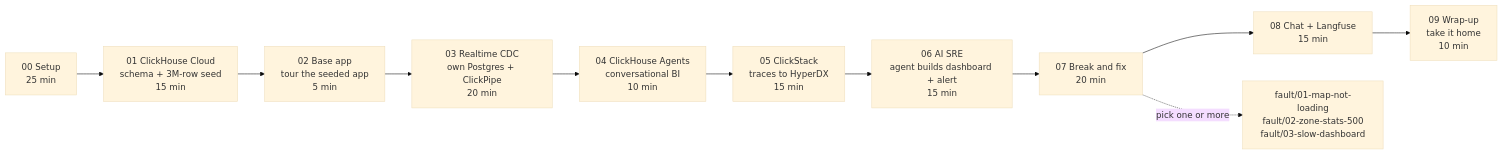
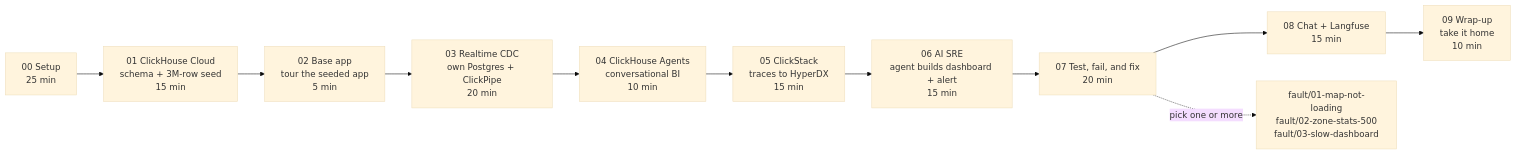
The second of 4 diagrams in workshops/build_workshop/README.md (ClickHouse/ClickHouse_Demos), drawn with Mermaid (base theme) before and after one commit. The commit also changed other lines of this file and 36 other files, not shown here.

````diff
--- a/workshops/build_workshop/README.md
+++ b/workshops/build_workshop/README.md
@@ -69,13 +69,13 @@
 ```mermaid
 flowchart LR
   M00["00 Setup<br/>25 min"] --> M01["01 ClickHouse Cloud<br/>schema + 3M-row seed<br/>15 min"]
   M01 --> M02["02 Base app<br/>tour the seeded app<br/>5 min"]
   M02 --> M03["03 Realtime CDC<br/>own Postgres + ClickPipe<br/>20 min"]
   M03 --> M04["04 ClickHouse Agents<br/>conversational BI<br/>10 min"]
   M04 --> M05["05 ClickStack<br/>traces to HyperDX<br/>15 min"]
   M05 --> M06["06 AI SRE<br/>agent builds dashboard + alert<br/>15 min"]
-  M06 --> M07["07 Break and fix<br/>20 min"]
+  M06 --> M07["07 Test, fail, and fix<br/>20 min"]
   M07 --> M08["08 Chat + Langfuse<br/>15 min"]
   M08 --> M09["09 Wrap-up<br/>take it home<br/>10 min"]
   M07 -.->|pick one or more| F["fault/01-map-not-loading<br/>fault/02-zone-stats-500<br/>fault/03-slow-dashboard"]
 ```
````
